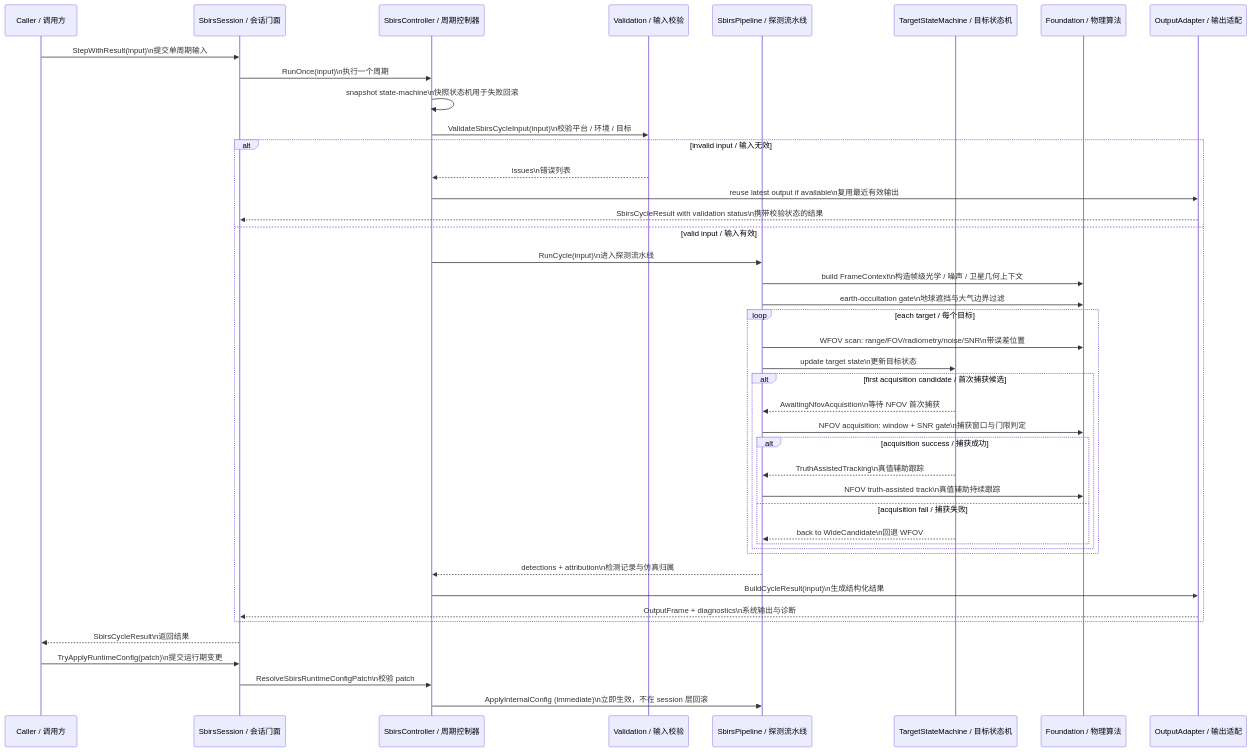
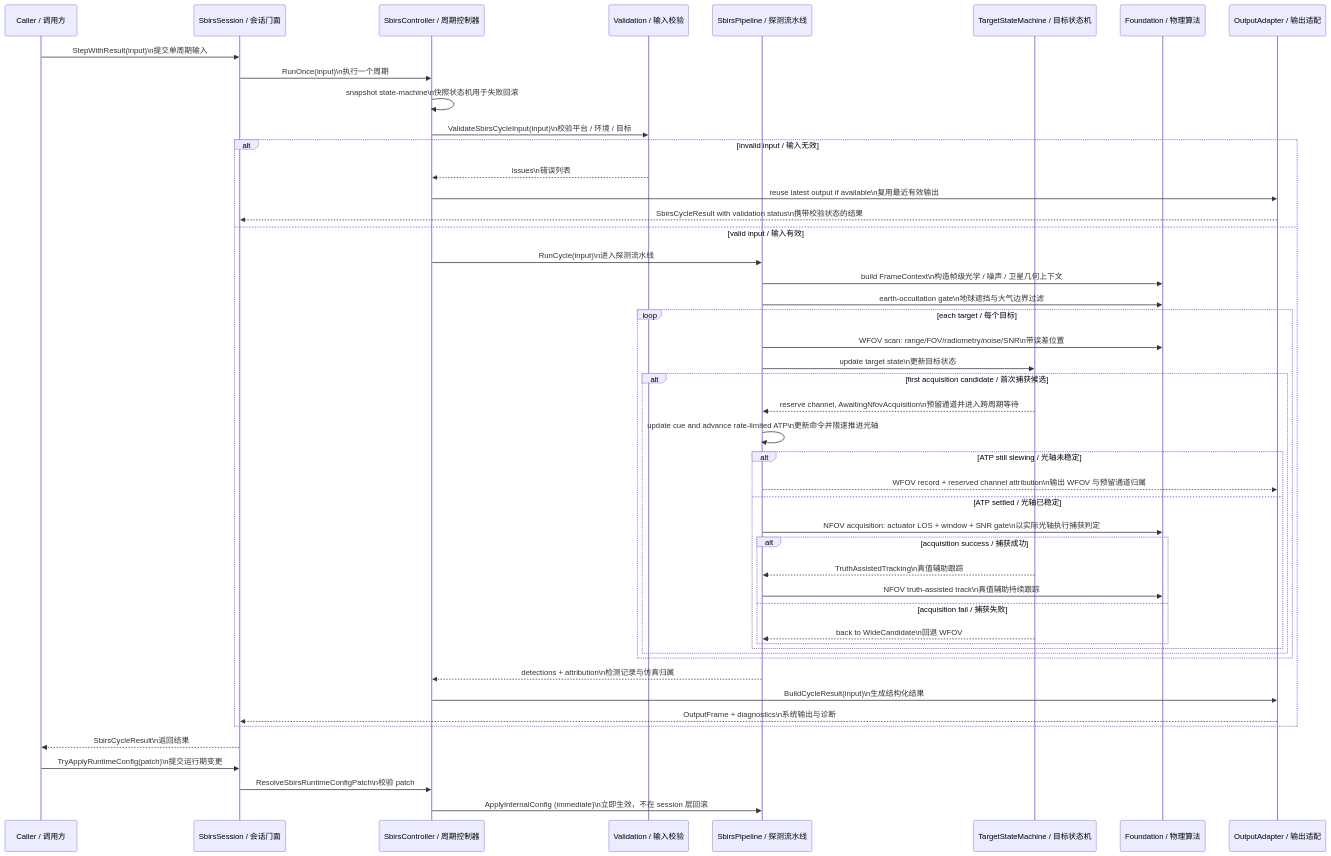
One commit to boilwater-3/1q changed the second of 4 diagrams in docs/space_based_infrared_sensor/design.md. Above: the diagram before and after it, drawn with Mermaid. The commit also changed other lines of this file and 20 other files, not shown here.

````diff
--- a/docs/space_based_infrared_sensor/design.md
+++ b/docs/space_based_infrared_sensor/design.md
@@ -167,47 +172,52 @@
 ```mermaid
 sequenceDiagram
   participant Caller as Caller / 调用方
   participant Session as SbirsSession / 会话门面
   participant Controller as SbirsController / 周期控制器
   participant Validator as Validation / 输入校验
   participant Pipeline as SbirsPipeline / 探测流水线
   participant SM as TargetStateMachine / 目标状态机
   participant Physics as Foundation / 物理算法
   participant Output as OutputAdapter / 输出适配
 
   Caller->>Session: StepWithResult(input)\n提交单周期输入
   Session->>Controller: RunOnce(input)\n执行一个周期
   Controller->>Controller: snapshot state-machine\n快照状态机用于失败回滚
   Controller->>Validator: ValidateSbirsCycleInput(input)\n校验平台 / 环境 / 目标
   alt invalid input / 输入无效
     Validator-->>Controller: issues\n错误列表
     Controller->>Output: reuse latest output if available\n复用最近有效输出
     Output-->>Session: SbirsCycleResult with validation status\n携带校验状态的结果
   else valid input / 输入有效
     Controller->>Pipeline: RunCycle(input)\n进入探测流水线
     Pipeline->>Physics: build FrameContext\n构造帧级光学 / 噪声 / 卫星几何上下文
     Pipeline->>Physics: earth-occultation gate\n地球遮挡与大气边界过滤
     loop each target / 每个目标
       Pipeline->>Physics: WFOV scan: range/FOV/radiometry/noise/SNR\n带误差位置
       Pipeline->>SM: update target state\n更新目标状态
       alt first acquisition candidate / 首次捕获候选
-        SM-->>Pipeline: AwaitingNfovAcquisition\n等待 NFOV 首次捕获
-        Pipeline->>Physics: NFOV acquisition: window + SNR gate\n捕获窗口与门限判定
+        SM-->>Pipeline: reserve channel, AwaitingNfovAcquisition\n预留通道并进入跨周期等待
+        Pipeline->>Pipeline: update cue and advance rate-limited ATP\n更新命令并限速推进光轴
+        alt ATP still slewing / 光轴未稳定
+          Pipeline-->>Output: WFOV record + reserved channel attribution\n输出 WFOV 与预留通道归属
+        else ATP settled / 光轴已稳定
+          Pipeline->>Physics: NFOV acquisition: actuator LOS + window + SNR gate\n以实际光轴执行捕获判定
         alt acquisition success / 捕获成功
           SM-->>Pipeline: TruthAssistedTracking\n真值辅助跟踪
           Pipeline->>Physics: NFOV truth-assisted track\n真值辅助持续跟踪
         else acquisition fail / 捕获失败
           SM-->>Pipeline: back to WideCandidate\n回退 WFOV
+        end
         end
       end
     end
     Pipeline-->>Controller: detections + attribution\n检测记录与仿真归属
     Controller->>Output: BuildCycleResult(input)\n生成结构化结果
     Output-->>Session: OutputFrame + diagnostics\n系统输出与诊断
   end
   Session-->>Caller: SbirsCycleResult\n返回结果
 
   Caller->>Session: TryApplyRuntimeConfig(patch)\n提交运行期变更
   Session->>Controller: ResolveSbirsRuntimeConfigPatch\n校验 patch
   Controller->>Pipeline: ApplyInternalConfig (immediate)\n立即生效，不在 session 层回滚
 ```
````
